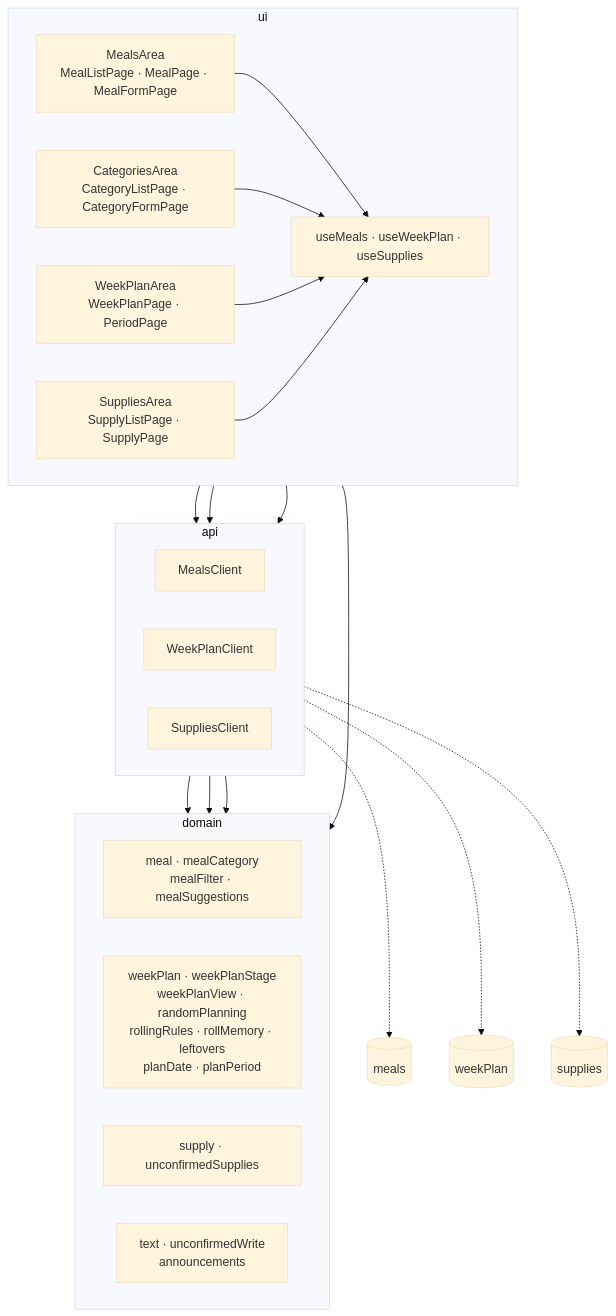
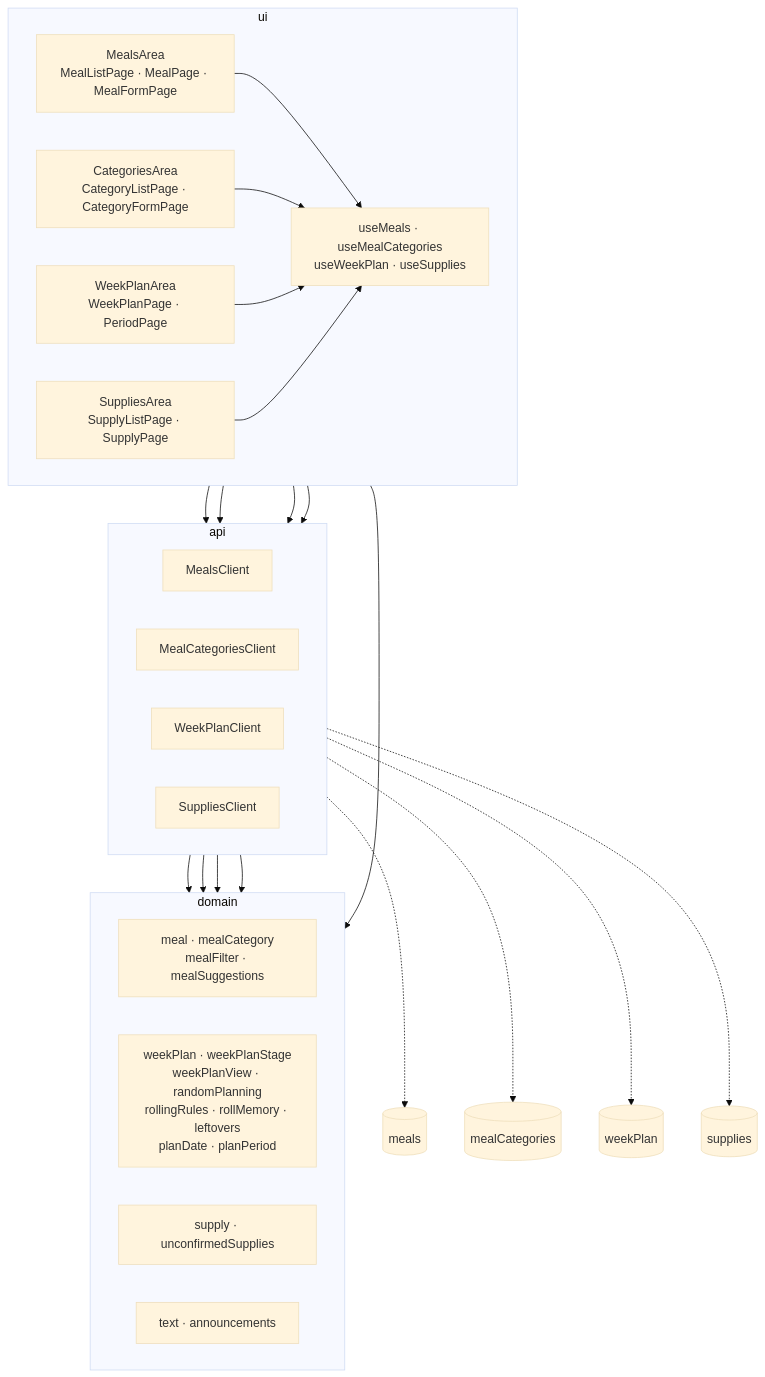
Before and after one commit to burnyWes/Mahlzeiten-Planer: the fourth of 5 diagrams in docs/architektur/05-bausteinsicht.md, drawn with Mermaid (base theme). The commit also changed other lines of this file and 81 other files, not shown here.

````diff
--- a/docs/architektur/05-bausteinsicht.md
+++ b/docs/architektur/05-bausteinsicht.md
@@ -155,42 +162,46 @@
 ```mermaid
 flowchart TB
     subgraph ui["ui"]
         direction LR
         mealsArea["MealsArea<br/>MealListPage · MealPage · MealFormPage"]
         categoriesArea["CategoriesArea<br/>CategoryListPage · CategoryFormPage"]
         weekPlanArea["WeekPlanArea<br/>WeekPlanPage · PeriodPage"]
         suppliesArea["SuppliesArea<br/>SupplyListPage · SupplyPage"]
-        hooks["useMeals · useWeekPlan · useSupplies"]
+        hooks["useMeals · useMealCategories<br/>useWeekPlan · useSupplies"]
     end
 
     subgraph api["api"]
         direction LR
         mealsClient["MealsClient"]
+        mealCategoriesClient["MealCategoriesClient"]
         weekPlanClient["WeekPlanClient"]
         suppliesClient["SuppliesClient"]
     end
 
     subgraph domain["domain"]
         direction LR
         meal["meal · mealCategory<br/>mealFilter · mealSuggestions"]
         weekPlan["weekPlan · weekPlanStage<br/>weekPlanView · randomPlanning<br/>rollingRules · rollMemory · leftovers<br/>planDate · planPeriod"]
         supply["supply · unconfirmedSupplies"]
-        support["text · unconfirmedWrite<br/>announcements"]
+        support["text · announcements"]
     end
 
     mealsArea --> hooks
     categoriesArea --> hooks
     weekPlanArea --> hooks
     suppliesArea --> hooks
     hooks --> mealsClient
+    hooks --> mealCategoriesClient
     hooks --> weekPlanClient
     hooks --> suppliesClient
     hooks --> domain
     mealsClient --> meal
+    mealCategoriesClient --> meal
     weekPlanClient --> weekPlan
     suppliesClient --> supply
 
     mealsClient -.-> meals[("meals")]
+    mealCategoriesClient -.-> mealCategoriesDocs[("mealCategories")]
     weekPlanClient -.-> weekPlanDocs[("weekPlan")]
     suppliesClient -.-> supplies[("supplies")]
 ```
````
